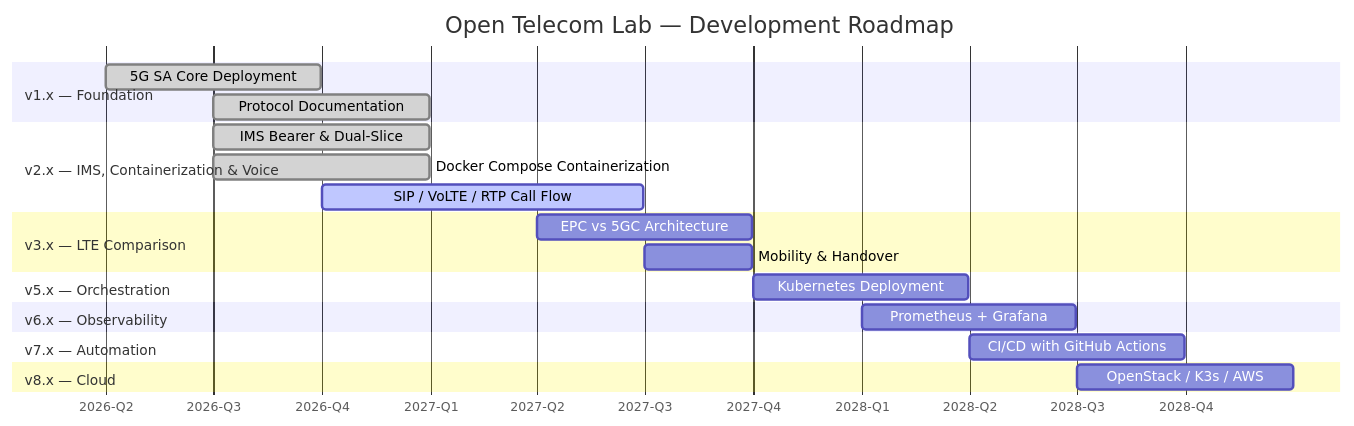
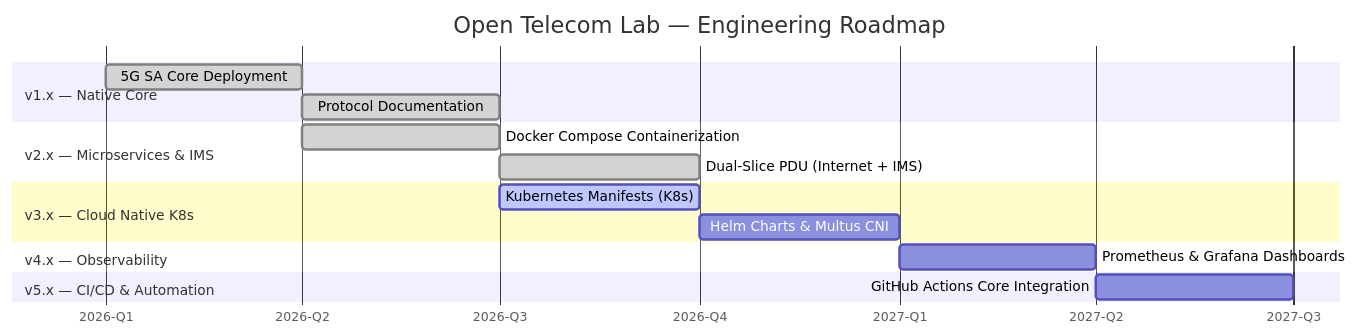
One commit to khattabpi/Open-Telecom-Lab changed the diagram in README.md. Above: the diagram before and after it, drawn with Mermaid. The commit also changed other lines of this file and 18 other files, not shown here.

````diff
--- a/README.md
+++ b/README.md
@@ -683,31 +247,24 @@
 ```mermaid
 gantt
-    title Open Telecom Lab — Development Roadmap
+    title Open Telecom Lab — Engineering Roadmap
     dateFormat YYYY-MM-DD
     axisFormat %Y-Q%q
 
-    section v1.x — Foundation
-    5G SA Core Deployment           :done,    v1a, 2026-04-01, 2026-09-30
-    Protocol Documentation          :done,    v1b, 2026-07-01, 2026-12-31
+    section v1.x — Native Core
+    5G SA Core Deployment           :done,    v1a, 2026-01-01, 2026-04-01
+    Protocol Documentation          :done,    v1b, 2026-04-01, 2026-07-01
 
-    section v2.x — IMS, Containerization & Voice
-    IMS Bearer & Dual-Slice         :done,    v2a, 2026-07-01, 2026-12-31
-    Docker Compose Containerization :done,    v2c, 2026-07-01, 2026-12-31
-    SIP / VoLTE / RTP Call Flow     :active,  v2b, 2026-10-01, 2027-06-30
+    section v2.x — Microservices & IMS
+    Docker Compose Containerization :done,    v2a, 2026-04-01, 2026-07-01
+    Dual-Slice PDU (Internet + IMS) :done,    v2b, 2026-07-01, 2026-10-01
 
-    section v3.x — LTE Comparison
-    EPC vs 5GC Architecture         :         v3a, 2027-04-01, 2027-09-30
-    Mobility & Handover             :         v3b, 2027-07-01, 2027-09-30
+    section v3.x — Cloud Native K8s
+    Kubernetes Manifests (K8s)      :active,  v3a, 2026-07-01, 2026-10-01
+    Helm Charts & Multus CNI        :         v3b, 2026-10-01, 2027-01-01
 
-    section v5.x — Orchestration
-    Kubernetes Deployment           :         v5a, 2027-10-01, 2028-03-31
+    section v4.x — Observability
+    Prometheus & Grafana Dashboards :         v4a, 2027-01-01, 2027-04-01
 
-    section v6.x — Observability
-    Prometheus + Grafana            :         v6a, 2028-01-01, 2028-06-30
-
-    section v7.x — Automation
-    CI/CD with GitHub Actions       :         v7a, 2028-04-01, 2028-09-30
-
-    section v8.x — Cloud
-    OpenStack / K3s / AWS           :         v8a, 2028-07-01, 2028-12-31
+    section v5.x — CI/CD & Automation
+    GitHub Actions Core Integration  :         v5a, 2027-04-01, 2027-07-01
 ```
````
